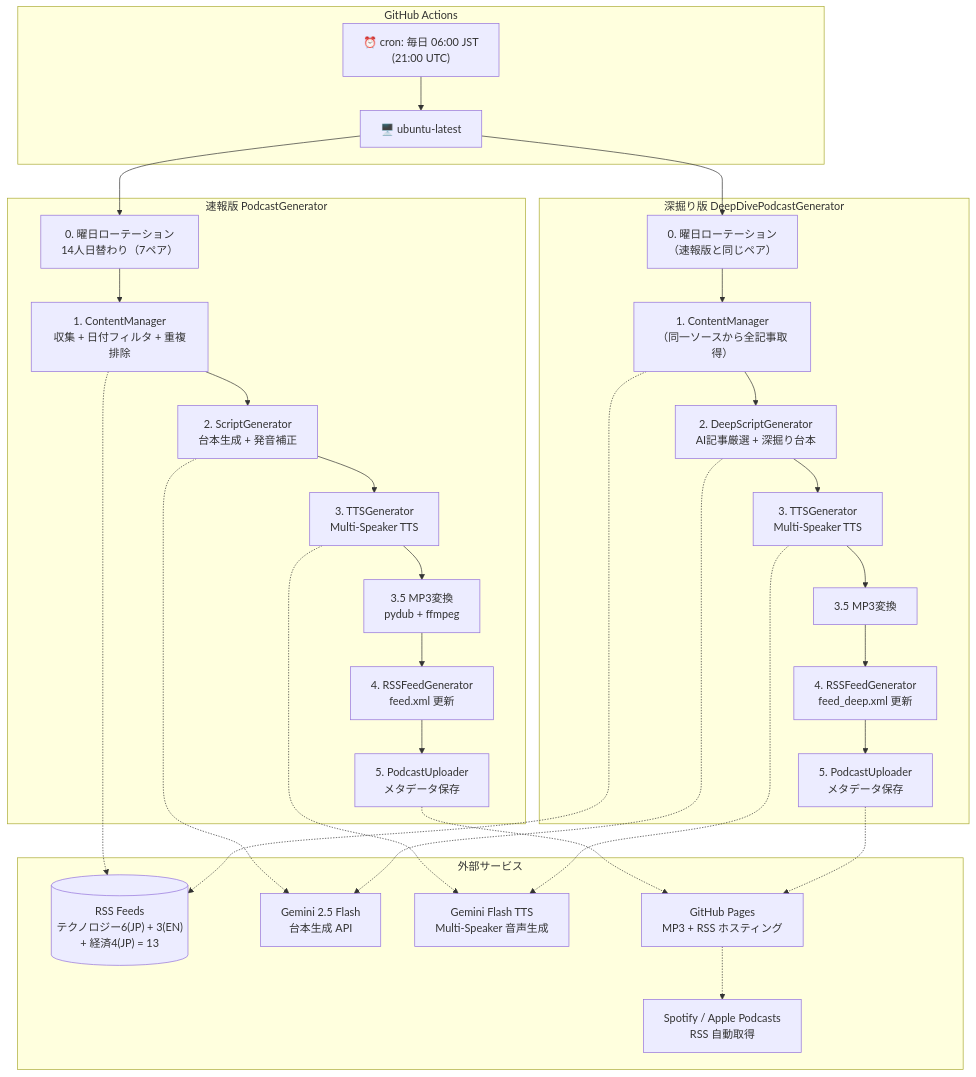
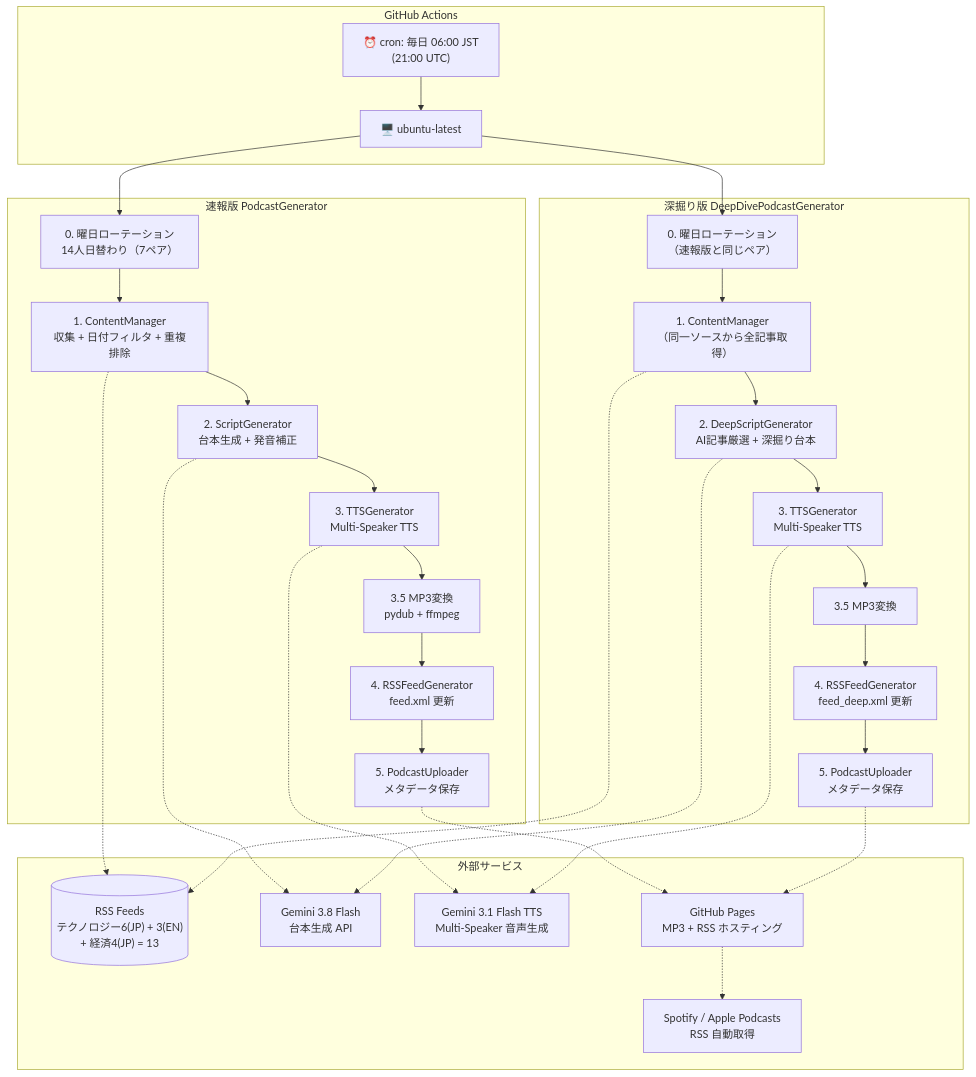
One commit to necoha/auto-podcast changed the first of 4 diagrams in docs/HLD.md. Above: the diagram before and after it, drawn with Mermaid. The commit also changed other lines of this file and 10 other files, not shown here.

````diff
--- a/docs/HLD.md
+++ b/docs/HLD.md
@@ -10,52 +10,52 @@
 ```mermaid
 flowchart TD
     subgraph CI["GitHub Actions"]
         Cron["⏰ cron: 毎日 06:00 JST<br/>(21:00 UTC)"]
         Runner["🖥️ ubuntu-latest"]
     end
 
     subgraph Speed["速報版 PodcastGenerator"]
         ROT["0. 曜日ローテーション<br/>14人日替わり（7ペア）"]
         CM["1. ContentManager<br/>収集 + 日付フィルタ + 重複排除"]
         SG["2. ScriptGenerator<br/>台本生成 + 発音補正"]
         TTS["3. TTSGenerator<br/>Multi-Speaker TTS"]
         MP3["3.5 MP3変換<br/>pydub + ffmpeg"]
         RGEN["4. RSSFeedGenerator<br/>feed.xml 更新"]
         UP["5. PodcastUploader<br/>メタデータ保存"]
     end
 
     subgraph Deep["深掘り版 DeepDivePodcastGenerator"]
         ROT2["0. 曜日ローテーション<br/>（速報版と同じペア）"]
         CM2["1. ContentManager<br/>（同一ソースから全記事取得）"]
         DSG["2. DeepScriptGenerator<br/>AI記事厳選 + 深掘り台本"]
         TTS2["3. TTSGenerator<br/>Multi-Speaker TTS"]
         MP3_2["3.5 MP3変換"]
         RGEN2["4. RSSFeedGenerator<br/>feed_deep.xml 更新"]
         UP2["5. PodcastUploader<br/>メタデータ保存"]
     end
 
     subgraph External["外部サービス"]
         RSS[("RSS Feeds<br/>テクノロジー6(JP) + 3(EN)<br/>+ 経済4(JP) = 13")]
-        GeminiLLM["Gemini 2.5 Flash<br/>台本生成 API"]
-        GeminiTTS["Gemini Flash TTS<br/>Multi-Speaker 音声生成"]
+        GeminiLLM["Gemini 3.8 Flash<br/>台本生成 API"]
+        GeminiTTS["Gemini 3.1 Flash TTS<br/>Multi-Speaker 音声生成"]
         GHP["GitHub Pages<br/>MP3 + RSS ホスティング"]
         Spotify["Spotify / Apple Podcasts<br/>RSS 自動取得"]
     end
 
     Cron --> Runner
     Runner --> ROT --> CM
     CM --> SG --> TTS --> MP3 --> RGEN --> UP
 
     Runner --> ROT2 --> CM2
     CM2 --> DSG --> TTS2 --> MP3_2 --> RGEN2 --> UP2
 
     CM -.-> RSS
     CM2 -.-> RSS
     SG -.-> GeminiLLM
     DSG -.-> GeminiLLM
     TTS -.-> GeminiTTS
     TTS2 -.-> GeminiTTS
     UP -.-> GHP
     UP2 -.-> GHP
     GHP -.-> Spotify
 ```
````
